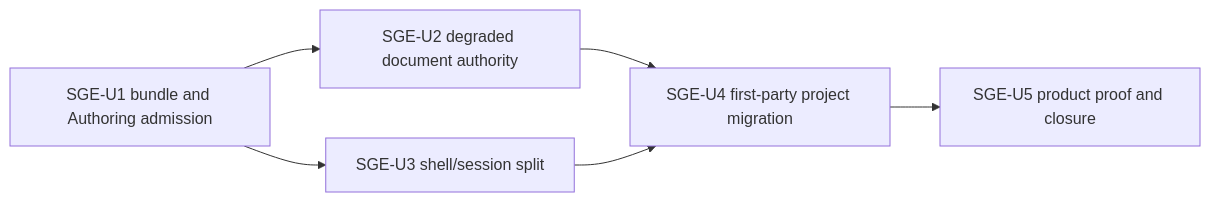
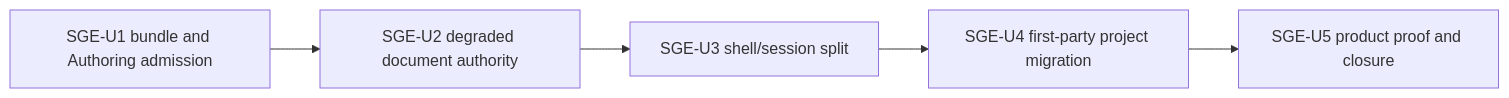
Before and after one commit to Latias94/nara: the third of 3 diagrams in docs/plans/2026-08-18-2158-feat-standalone-generic-editor-project-open-and-recovery-plan.md, drawn with Mermaid. The commit also changed other lines of this file, not shown here.

Commit message:
docs(editor): correct authoring admission sequence

````diff
--- a/docs/plans/2026-08-18-2158-feat-standalone-generic-editor-project-open-and-recovery-plan.md
+++ b/docs/plans/2026-08-18-2158-feat-standalone-generic-editor-project-open-and-recovery-plan.md
@@ -457,14 +459,13 @@
 ```mermaid
 flowchart LR
     U1[SGE-U1 bundle and Authoring admission]
     U2[SGE-U2 degraded document authority]
     U3[SGE-U3 shell/session split]
     U4[SGE-U4 first-party project migration]
     U5[SGE-U5 product proof and closure]
 
     U1 --> U2
-    U1 --> U3
-    U2 --> U4
+    U2 --> U3
     U3 --> U4
     U4 --> U5
 ```
````
